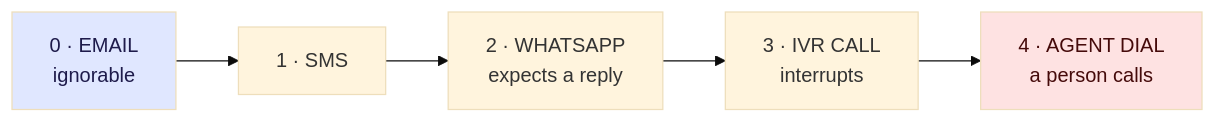
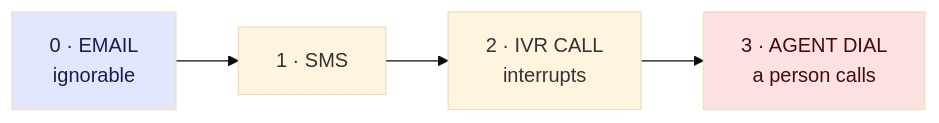
Before and after one commit to Sushanth6363/Rzorpay: the second of 2 diagrams in README.md, drawn with Mermaid (base theme). The commit also changed other lines of this file and 1 other file, not shown here.

````diff
--- a/README.md
+++ b/README.md
@@ -134,6 +134,6 @@
 ```mermaid
 flowchart LR
-    R0["0 · EMAIL<br/>ignorable"] --> R1["1 · SMS"] --> R2["2 · WHATSAPP<br/>expects a reply"] --> R3["3 · IVR CALL<br/>interrupts"] --> R4["4 · AGENT DIAL<br/>a person calls"]
+    R0["0 · EMAIL<br/>ignorable"] --> R1["1 · SMS"] --> R3["2 · IVR CALL<br/>interrupts"] --> R4["3 · AGENT DIAL<br/>a person calls"]
     style R0 fill:#e0e7ff,color:#1e1b4b
     style R4 fill:#fee2e2,color:#450a0a
 ```
````
